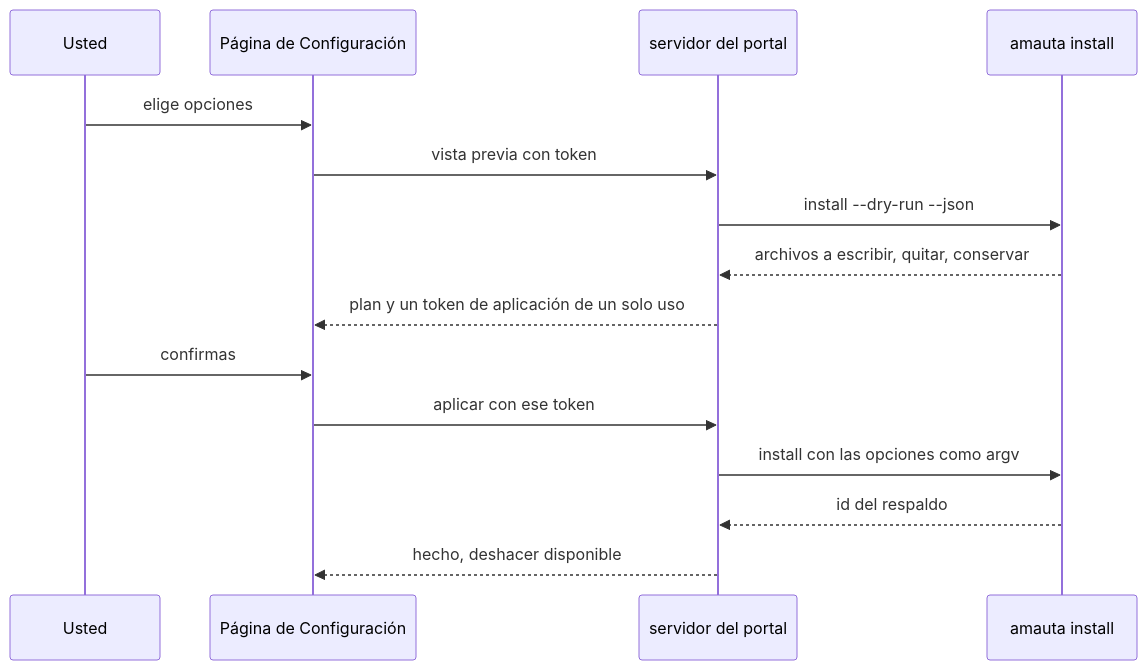
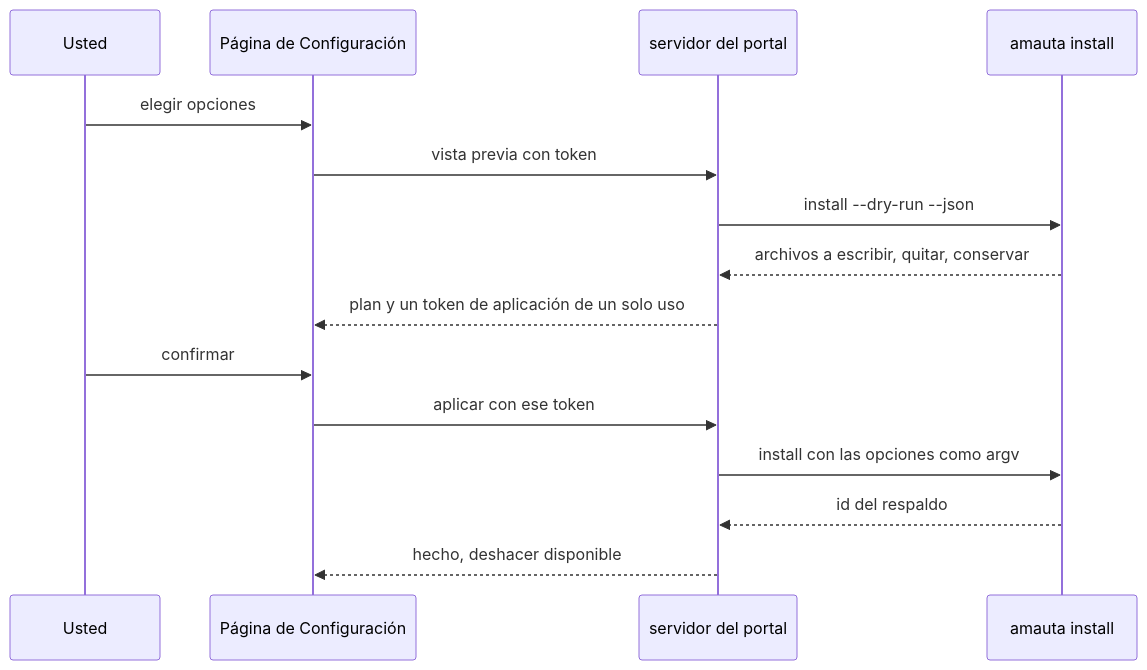
Before and after one commit to Negraldi/amauta: the second of 2 diagrams in python/amauta/portal/guide/es/portal.md, drawn with Mermaid. The commit also changed other lines of this file and 11 other files, not shown here.

````diff
--- a/python/amauta/portal/guide/es/portal.md
+++ b/python/amauta/portal/guide/es/portal.md
@@ -92,17 +90,17 @@
 ```mermaid
 sequenceDiagram
   participant U as Usted
   participant P as Página de Configuración
   participant S as servidor del portal
   participant I as amauta install
-  U->>P: elige opciones
+  U->>P: elegir opciones
   P->>S: vista previa con token
   S->>I: install --dry-run --json
   I-->>S: archivos a escribir, quitar, conservar
   S-->>P: plan y un token de aplicación de un solo uso
-  U->>P: confirmas
+  U->>P: confirmar
   P->>S: aplicar con ese token
   S->>I: install con las opciones como argv
   I-->>S: id del respaldo
   S-->>P: hecho, deshacer disponible
 ```
````
